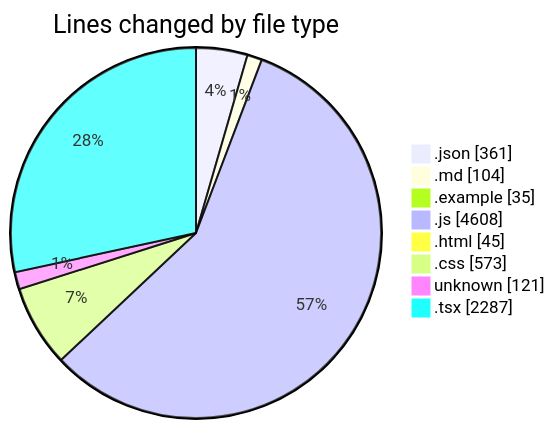
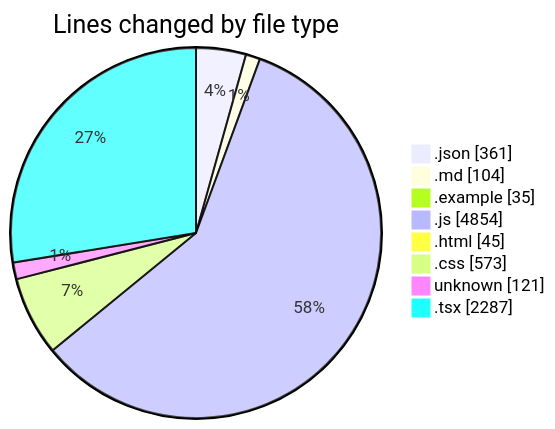
Before and after one commit to lephambinh05/code-tracking: the first of 2 diagrams in 2025-08-05/napxuvn/README.md, drawn with Mermaid. The commit also changed other lines of this file and 1 other file, not shown here.

````diff
--- a/2025-08-05/napxuvn/README.md
+++ b/2025-08-05/napxuvn/README.md
@@ -72,12 +72,12 @@
 ```mermaid
 pie showData
 title Lines changed by file type
 ".json" : 361
 ".md" : 104
 ".example" : 35
-".js" : 4608
+".js" : 4854
 ".html" : 45
 ".css" : 573
 "unknown" : 121
 ".tsx" : 2287
 ```
````
